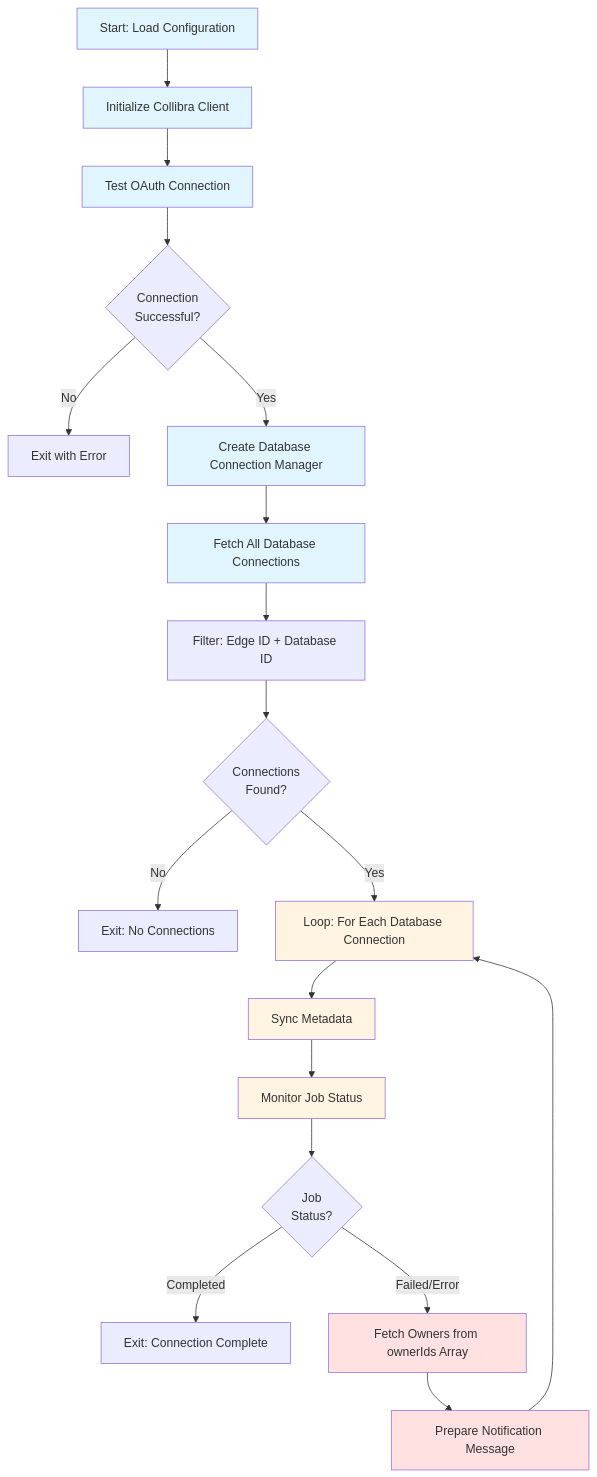
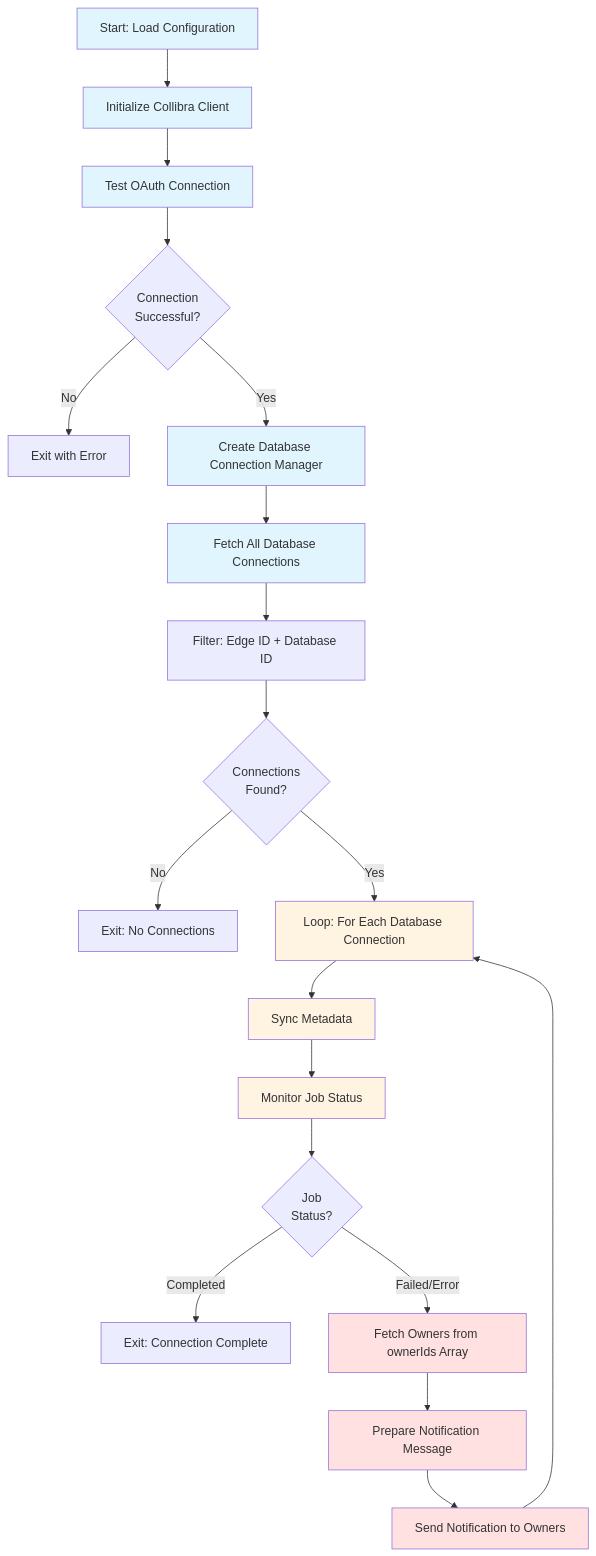
The diagram in Test Connections - Database - Collibra/README.md (arnauudG/Collibra-Repository---Automations), drawn with Mermaid before and after one commit.

````diff
--- a/Test Connections - Database - Collibra/README.md
+++ b/Test Connections - Database - Collibra/README.md
@@ -49,32 +49,34 @@
 ```mermaid
 flowchart TD
     A[Start: Load Configuration] --> B[Initialize Collibra Client]
     B --> C[Test OAuth Connection]
     C --> D{Connection<br/>Successful?}
     D -->|No| E[Exit with Error]
     D -->|Yes| F[Create Database Connection Manager]
     F --> G[Fetch All Database Connections]
     G --> H[Filter: Edge ID + Database ID]
     H --> I{Connections<br/>Found?}
     I -->|No| J[Exit: No Connections]
     I -->|Yes| K[Loop: For Each Database Connection]
     
     K --> L[Sync Metadata]
     L --> M[Monitor Job Status]
     M --> N{Job<br/>Status?}
     N -->|Completed| O[Exit: Connection Complete]
     N -->|Failed/Error| P[Fetch Owners from ownerIds Array]
     P --> Q[Prepare Notification Message]
-    Q --> K
+    Q --> R[Send Notification to Owners]
+    R --> K
     
     style A fill:#e1f5ff
     style B fill:#e1f5ff
     style C fill:#e1f5ff
     style F fill:#e1f5ff
     style G fill:#e1f5ff
     style K fill:#fff4e1
     style L fill:#fff4e1
     style M fill:#fff4e1
     style P fill:#ffe1e1
     style Q fill:#ffe1e1
+    style R fill:#ffe1e1
 ```
````
